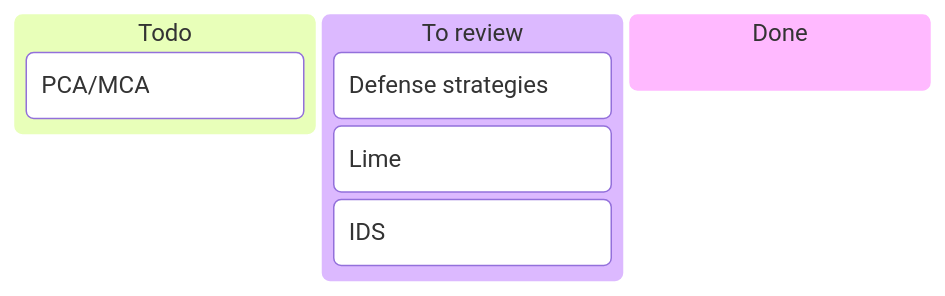
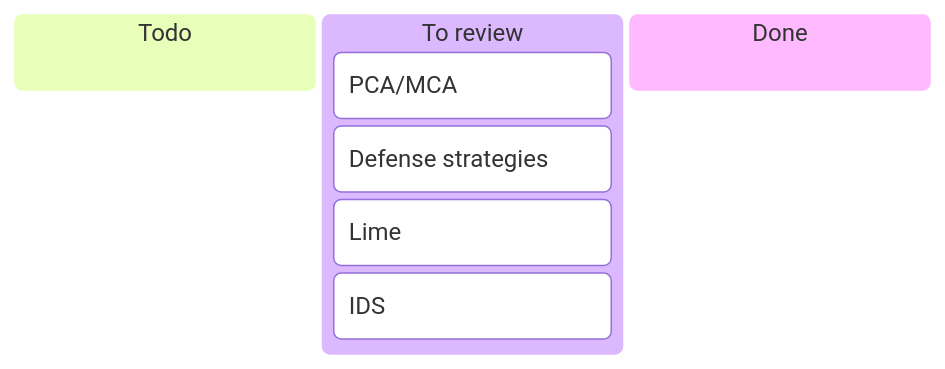
Before and after one commit to onlyidev/bachelor.thesis: the first of 2 diagrams in README.md, drawn with Mermaid. The commit also changed 6 other files, not shown here.

````diff
--- a/README.md
+++ b/README.md
@@ -4,11 +4,10 @@
 ```mermaid
 kanban
 todo["Todo"]
+review["To review"]
  PCA/MCA
-
-review["To review"]
  strats["Defense strategies"]
  Lime
  IDS
 done["Done"]
 ```
````
